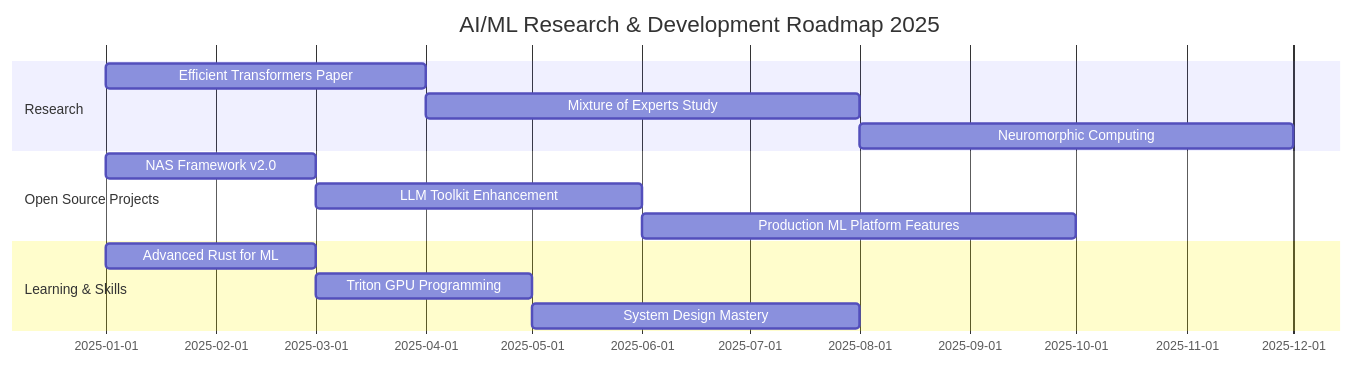
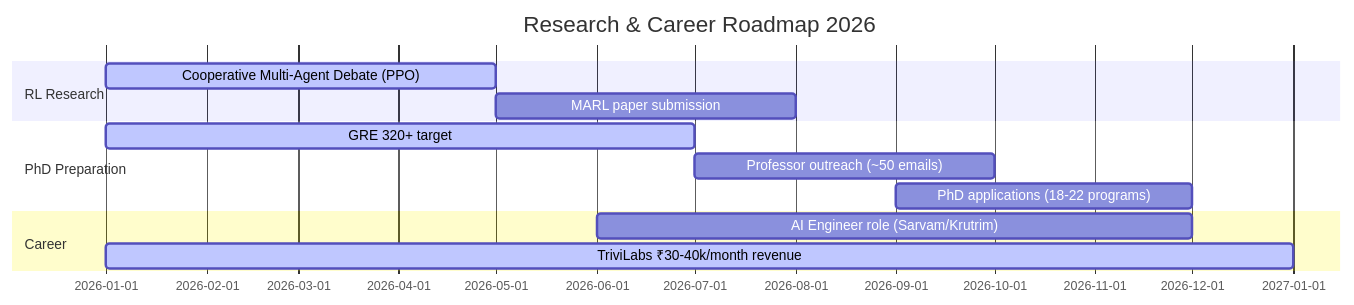
The second of 2 diagrams in README.md (shivamprasad1001/shivamprasad1001), drawn with Mermaid before and after one commit. The commit also changed other lines of this file, not shown here.

````diff
--- a/README.md
+++ b/README.md
@@ -256,18 +239,15 @@
 ```mermaid
 gantt
-    title AI/ML Research & Development Roadmap 2025
+    title Research & Career Roadmap 2026
     dateFormat YYYY-MM
-    section Research
-    Efficient Transformers Paper     :2025-01, 3M
-    Mixture of Experts Study         :2025-04, 4M
-    Neuromorphic Computing           :2025-08, 4M
-    section Open Source Projects
-    NAS Framework v2.0               :2025-01, 2M
-    LLM Toolkit Enhancement          :2025-03, 3M
-    Production ML Platform Features  :2025-06, 4M
-    section Learning & Skills
-    Advanced Rust for ML             :2025-01, 2M
-    Triton GPU Programming           :2025-03, 2M
-    System Design Mastery            :2025-05, 3M
-
+    section RL Research
+    Cooperative Multi-Agent Debate (PPO)   :active, 2026-01, 4M
+    MARL paper submission                  :2026-05, 3M
+    section PhD Preparation
+    GRE 320+ target                        :active, 2026-01, 6M
+    Professor outreach (~50 emails)        :2026-07, 3M
+    PhD applications (18-22 programs)      :2026-09, 3M
+    section Career
+    AI Engineer role (Sarvam/Krutrim)      :2026-06, 6M
+    TriviLabs ₹30-40k/month revenue       :active, 2026-01, 12M
 ```
````
